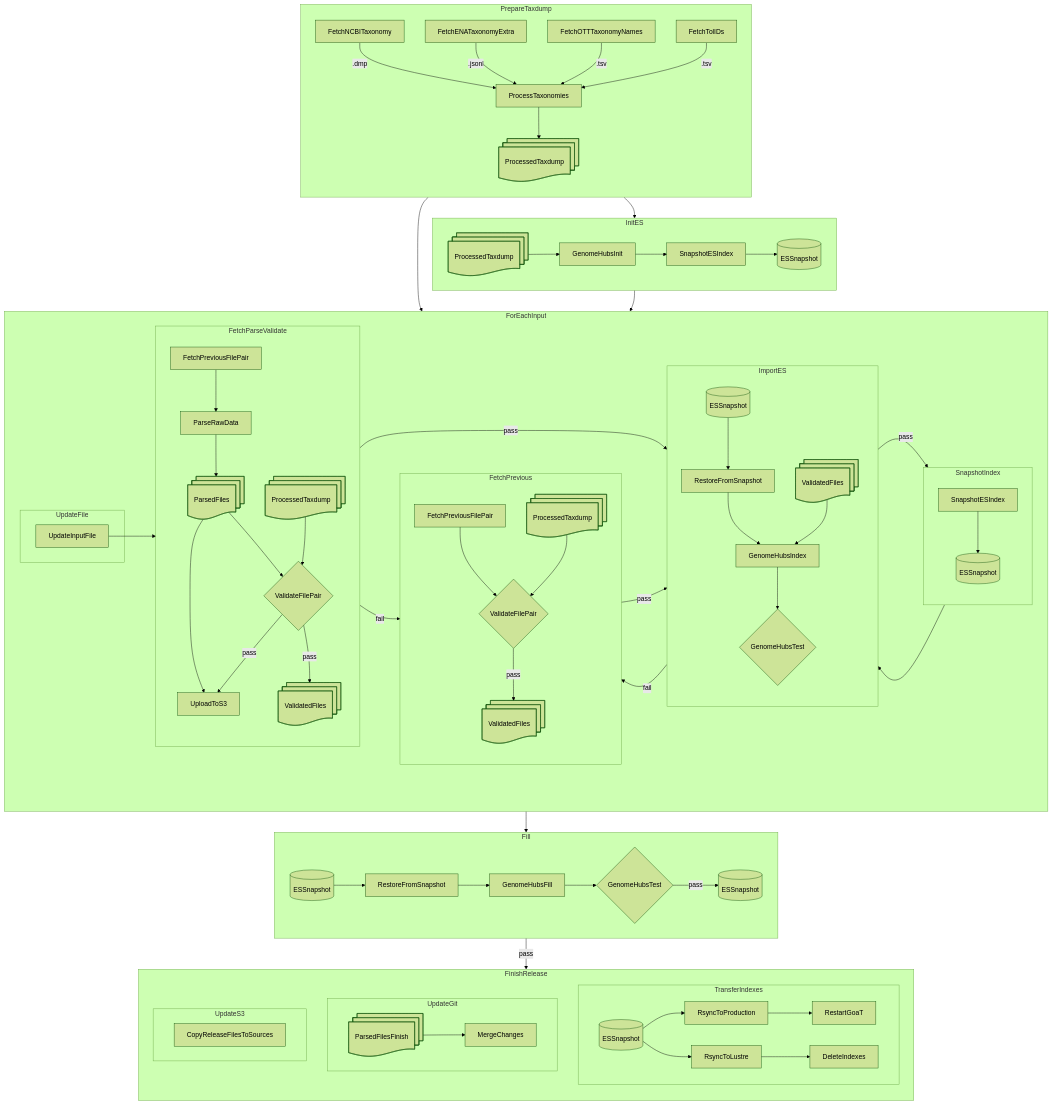
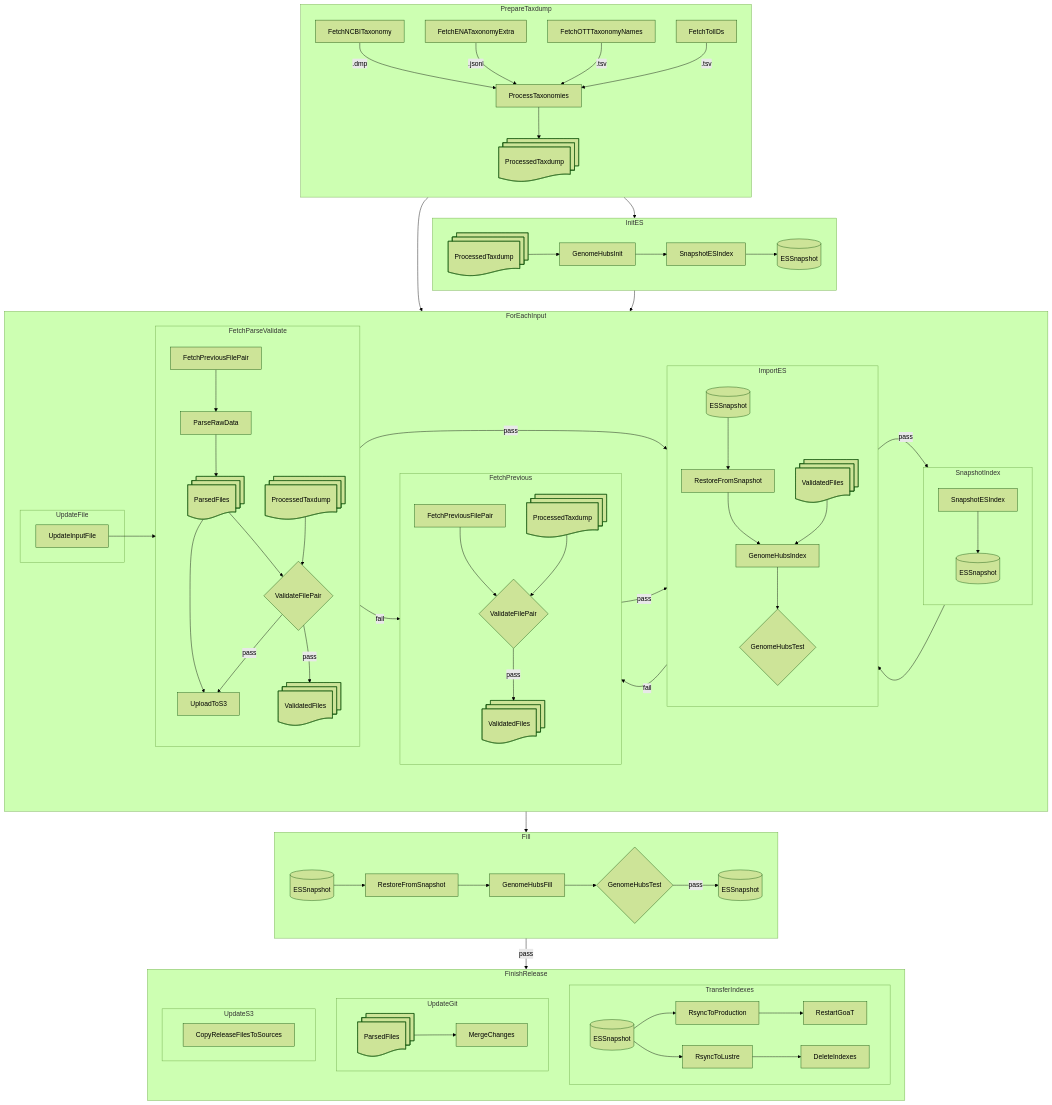
The diagram in flows/docs/overview.md (genomehubs/goat-data), drawn with Mermaid (forest theme) before and after one commit.

Commit message:
docs: update label for ParsedFiles in flow diagram

```diff
--- a/flows/docs/overview.md
+++ b/flows/docs/overview.md
@@ -98,7 +98,7 @@
   end
 
   subgraph UpdateGit
-    ParsedFilesFinish@{shape: docs} -->
+    ParsedFilesFinish@{shape: docs, label: "ParsedFiles"} -->
     MergeChanges
   end
 
```
